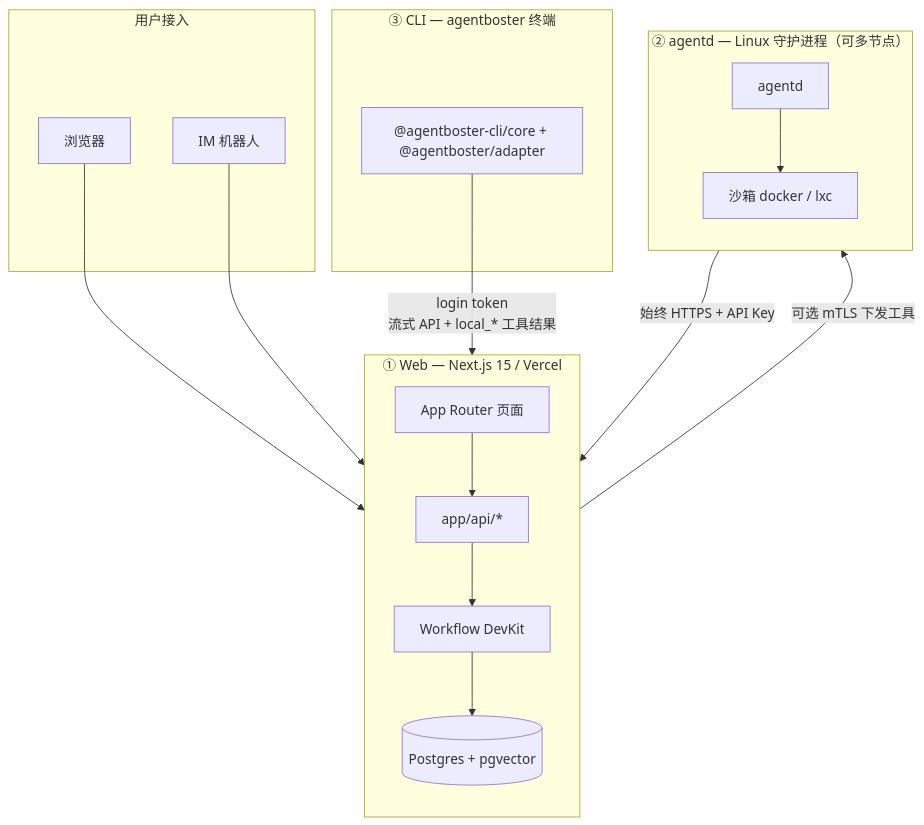
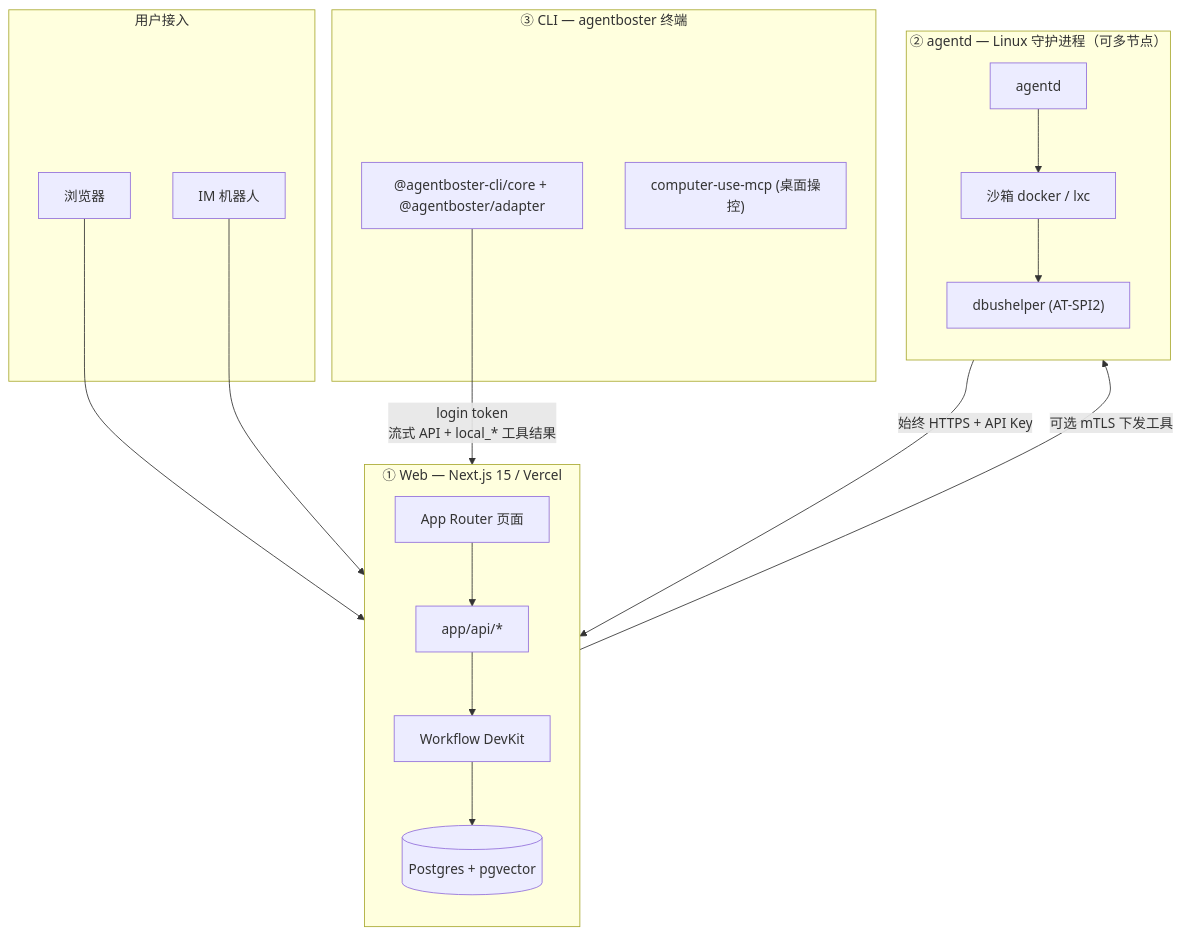
The diagram in README.md (NekoSekaiMoe/agentboster), drawn with Mermaid before and after one commit. The commit also changed other lines of this file and 1 other file, not shown here.

````diff
--- a/README.md
+++ b/README.md
@@ -37,34 +42,37 @@
 ```mermaid
 flowchart TB
   subgraph tier1["① Web — Next.js 15 / Vercel"]
     direction TB
     UI["App Router 页面"]
     API["app/api/*"]
     WF["Workflow DevKit"]
     DB[("Postgres + pgvector")]
     UI --> API --> WF --> DB
   end
 
   subgraph tier2["② agentd — Linux 守护进程（可多节点）"]
     direction TB
     AD["agentd"]
     SB["沙箱 docker / lxc"]
+    A11Y["dbushelper (AT-SPI2)"]
     AD --> SB
+    SB --> A11Y
   end
 
   subgraph tier3["③ CLI — agentboster 终端"]
     CLI["@agentboster-cli/core + @agentboster/adapter"]
+    CU["computer-use-mcp (桌面操控)"]
   end
 
   subgraph clients["用户接入"]
     Browser["浏览器"]
     IM["IM 机器人"]
   end
 
   Browser --> UI
   IM --> API
   CLI -->|"login token\n流式 API + local_* 工具结果"| API
 
   AD -->|"始终 HTTPS + API Key"| API
   API -->|"可选 mTLS 下发工具"| AD
 ```
````
